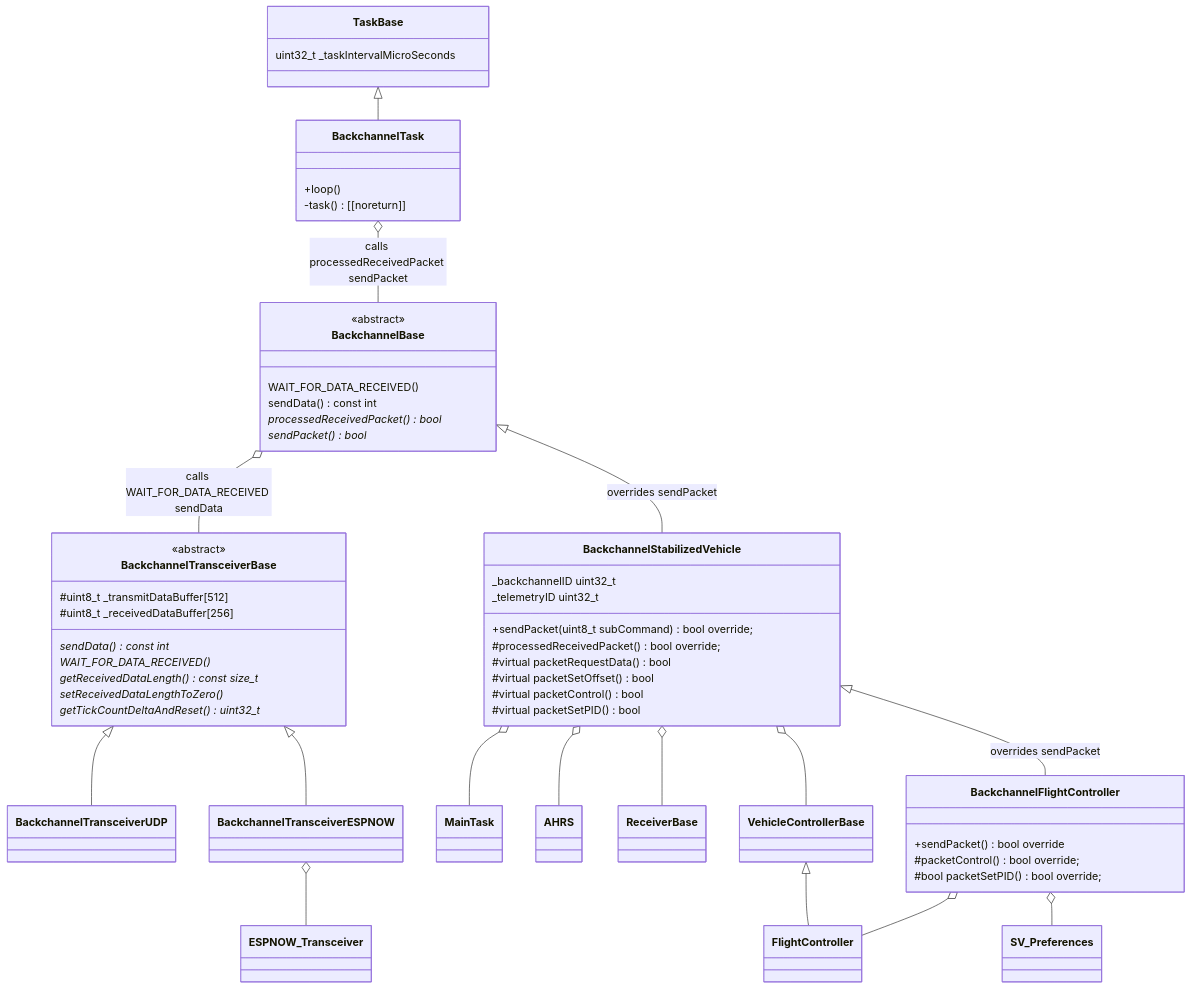
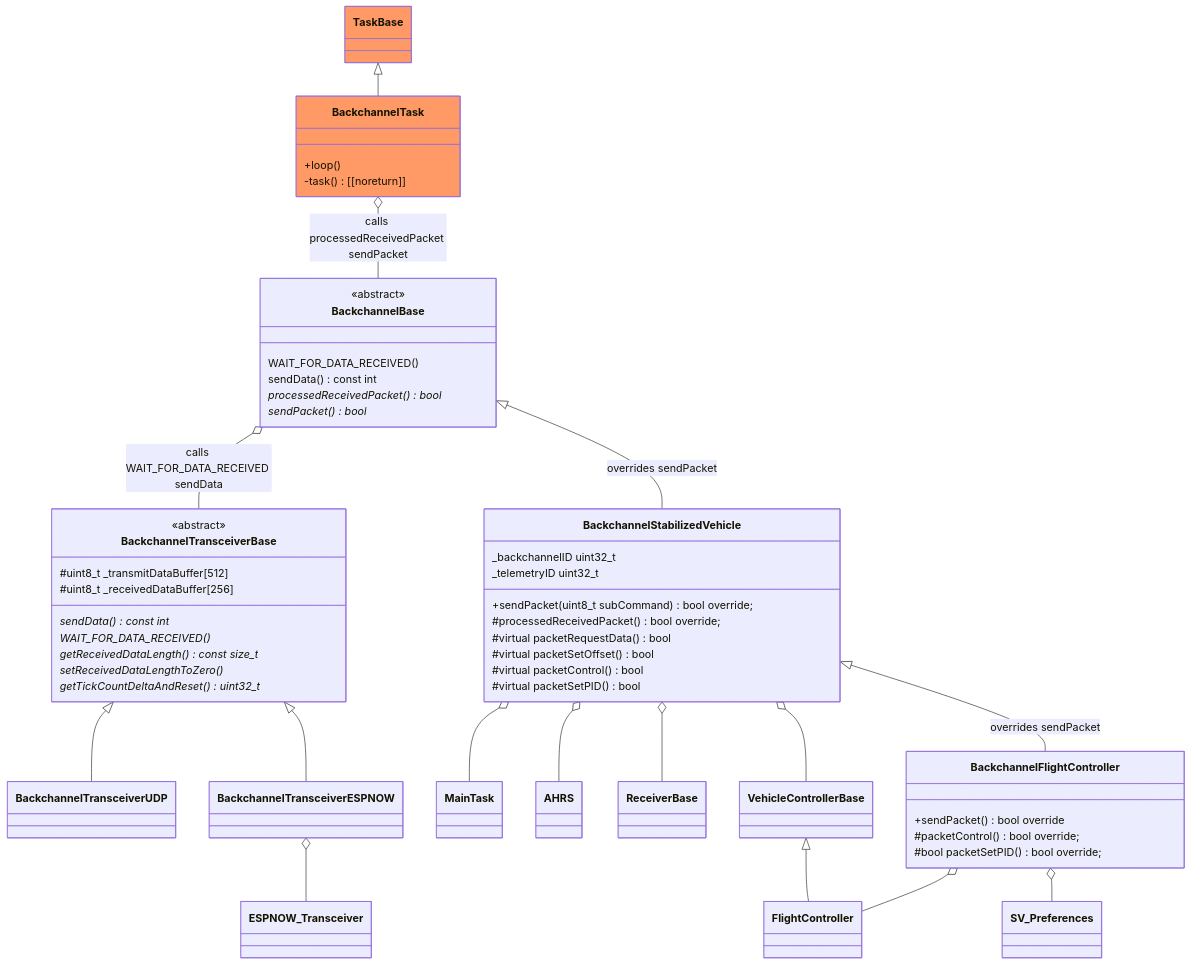
Before and after one commit to martinbudden/Protoflight: the fifth of 5 diagrams in README.md, drawn with Mermaid. The commit also changed other lines of this file, not shown here.

Commit message:
Update class diagram.

````diff
--- a/README.md
+++ b/README.md
@@ -705,64 +729,65 @@
 ```mermaid
 classDiagram
     class BackchannelTransceiverBase {
         <<abstract>>
         sendData() const int *
         WAIT_FOR_DATA_RECEIVED() *
         getReceivedDataLength() const size_t *
         setReceivedDataLengthToZero() *
         getTickCountDeltaAndReset() uint32_t *
         #uint8_t _transmitDataBuffer[512]
         #uint8_t _receivedDataBuffer[256]
     }
 
     class BackchannelBase {
         <<abstract>>
         WAIT_FOR_DATA_RECEIVED()
         sendData() const int
         processedReceivedPacket() bool *
         sendPacket() bool *
     }
     BackchannelBase o-- BackchannelTransceiverBase : calls WAIT_FOR_DATA_RECEIVED sendData
 
     BackchannelTransceiverBase <|-- BackchannelTransceiverUDP
 
     BackchannelTransceiverBase <|-- BackchannelTransceiverESPNOW
     BackchannelTransceiverESPNOW o-- ESPNOW_Transceiver
 
     BackchannelBase <|-- BackchannelStabilizedVehicle : overrides sendPacket
     class BackchannelStabilizedVehicle {
         _backchannelID uint32_t
         _telemetryID uint32_t
         +sendPacket(uint8_t subCommand) bool override;
         #processedReceivedPacket() bool override;
         #virtual packetRequestData() bool
         #virtual packetSetOffset() bool
         #virtual packetControl() bool
         #virtual packetSetPID() bool
     }
     BackchannelStabilizedVehicle o-- MainTask
     BackchannelStabilizedVehicle o-- AHRS
     BackchannelStabilizedVehicle o-- ReceiverBase
     BackchannelStabilizedVehicle o-- VehicleControllerBase
 
     BackchannelStabilizedVehicle <|--BackchannelFlightController : overrides sendPacket
     class BackchannelFlightController {
         +sendPacket() bool override
         #packetControl() bool override;
         #bool packetSetPID() bool override;
     }
     VehicleControllerBase <|-- FlightController
     BackchannelFlightController o-- FlightController
     BackchannelFlightController o-- SV_Preferences
 
 
-    class TaskBase {
-        uint32_t _taskIntervalMicroSeconds
+    class TaskBase:::taskClass {
     }
     TaskBase <|-- BackchannelTask
-    class BackchannelTask {
+    class BackchannelTask:::taskClass {
         +loop()
         -task() [[noreturn]]
     }
     BackchannelTask o-- BackchannelBase : calls processedReceivedPacket sendPacket
+
+    classDef taskClass fill:#f96
 ```
````
